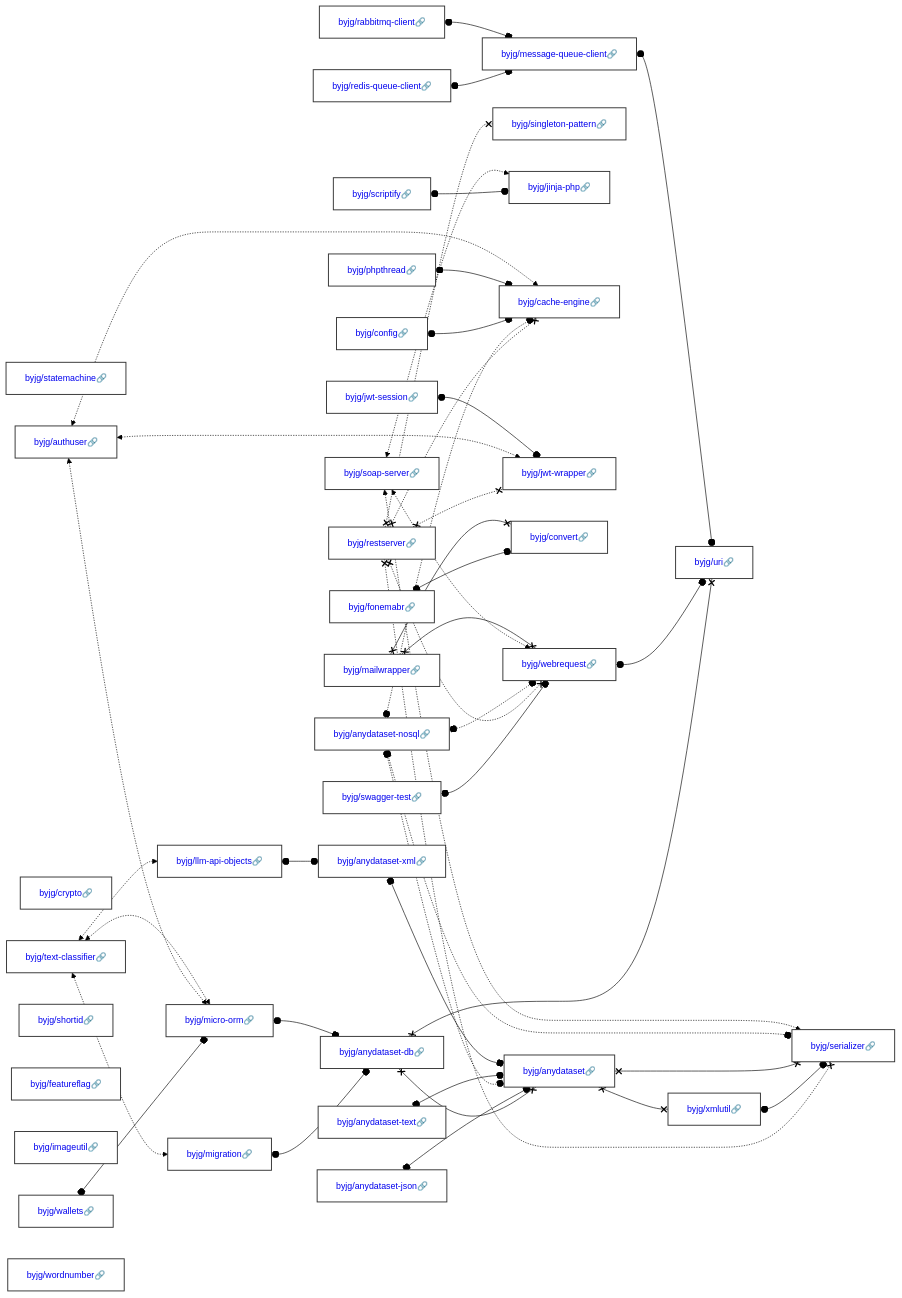
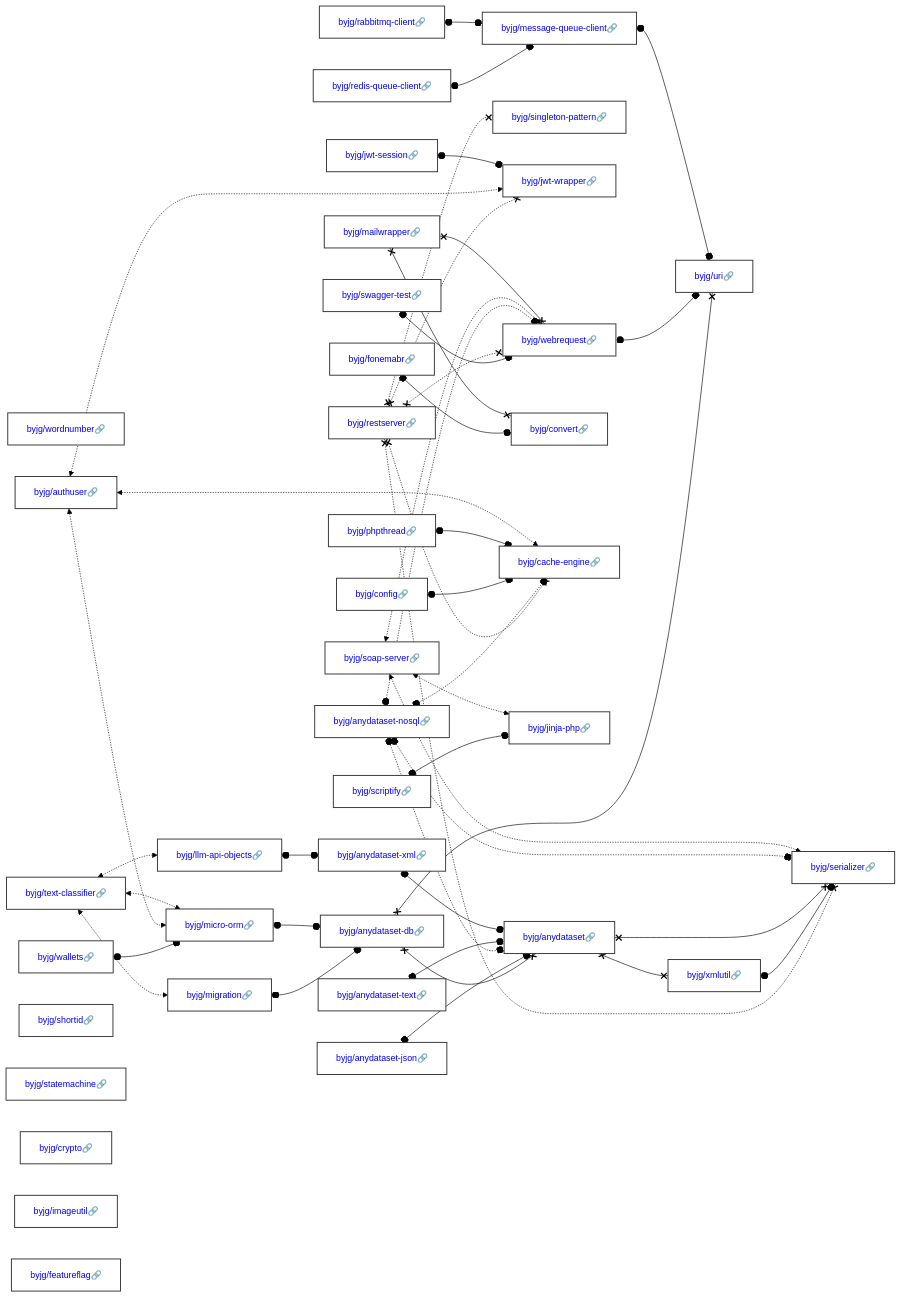
The diagram in docs/php/README.md (byjg/byjg.github.io), drawn with Mermaid (forest theme) before and after one commit. The commit also changed other lines of this file, not shown here.

Commit message:
Update documentation 'php' 'php-gluo-core'

````diff
--- a/docs/php/README.md
+++ b/docs/php/README.md
@@ -3,42 +3,42 @@
 ```mermaid
 graph LR;
+  byjg/rabbitmq-client[<a href='https://opensource.byjg.com/docs/php/rabbitmq-client' style='text-decoration:none'>byjg/rabbitmq-client🔗</a>];
+  byjg/wordnumber[<a href='https://opensource.byjg.com/docs/php/wordnumber' style='text-decoration:none'>byjg/wordnumber🔗</a>];
+  byjg/authuser[<a href='https://opensource.byjg.com/docs/php/authuser' style='text-decoration:none'>byjg/authuser🔗</a>];
+  byjg/wallets[<a href='https://opensource.byjg.com/docs/php/wallets' style='text-decoration:none'>byjg/wallets🔗</a>];
+  byjg/redis-queue-client[<a href='https://opensource.byjg.com/docs/php/redis-queue-client' style='text-decoration:none'>byjg/redis-queue-client🔗</a>];
+  byjg/soap-server[<a href='https://opensource.byjg.com/docs/php/soap-server' style='text-decoration:none'>byjg/soap-server🔗</a>];
+  byjg/anydataset-text[<a href='https://opensource.byjg.com/docs/php/anydataset-text' style='text-decoration:none'>byjg/anydataset-text🔗</a>];
+  byjg/text-classifier[<a href='https://opensource.byjg.com/docs/php/text-classifier' style='text-decoration:none'>byjg/text-classifier🔗</a>];
+  byjg/mailwrapper[<a href='https://opensource.byjg.com/docs/php/mailwrapper' style='text-decoration:none'>byjg/mailwrapper🔗</a>];
+  byjg/shortid[<a href='https://opensource.byjg.com/docs/php/shortid' style='text-decoration:none'>byjg/shortid🔗</a>];
   byjg/statemachine[<a href='https://opensource.byjg.com/docs/php/statemachine' style='text-decoration:none'>byjg/statemachine🔗</a>];
+  byjg/phpthread[<a href='https://opensource.byjg.com/docs/php/phpthread' style='text-decoration:none'>byjg/phpthread🔗</a>];
+  byjg/restserver[<a href='https://opensource.byjg.com/docs/php/restserver' style='text-decoration:none'>byjg/restserver🔗</a>];
+  byjg/jwt-session[<a href='https://opensource.byjg.com/docs/php/jwt-session' style='text-decoration:none'>byjg/jwt-session🔗</a>];
   byjg/anydataset-nosql[<a href='https://opensource.byjg.com/docs/php/anydataset-nosql' style='text-decoration:none'>byjg/anydataset-nosql🔗</a>];
-  byjg/wallets[<a href='https://opensource.byjg.com/docs/php/wallets' style='text-decoration:none'>byjg/wallets🔗</a>];
+  byjg/swagger-test[<a href='https://opensource.byjg.com/docs/php/swagger-test' style='text-decoration:none'>byjg/swagger-test🔗</a>];
+  byjg/fonemabr[<a href='https://opensource.byjg.com/docs/php/fonemabr' style='text-decoration:none'>byjg/fonemabr🔗</a>];
+  byjg/config[<a href='https://opensource.byjg.com/docs/php/config' style='text-decoration:none'>byjg/config🔗</a>];
   byjg/crypto[<a href='https://opensource.byjg.com/docs/php/crypto' style='text-decoration:none'>byjg/crypto🔗</a>];
-  byjg/mailwrapper[<a href='https://opensource.byjg.com/docs/php/mailwrapper' style='text-decoration:none'>byjg/mailwrapper🔗</a>];
-  byjg/config[<a href='https://opensource.byjg.com/docs/php/config' style='text-decoration:none'>byjg/config🔗</a>];
-  byjg/text-classifier[<a href='https://opensource.byjg.com/docs/php/text-classifier' style='text-decoration:none'>byjg/text-classifier🔗</a>];
+  byjg/imageutil[<a href='https://opensource.byjg.com/docs/php/imageutil' style='text-decoration:none'>byjg/imageutil🔗</a>];
   byjg/anydataset-json[<a href='https://opensource.byjg.com/docs/php/anydataset-json' style='text-decoration:none'>byjg/anydataset-json🔗</a>];
-  byjg/shortid[<a href='https://opensource.byjg.com/docs/php/shortid' style='text-decoration:none'>byjg/shortid🔗</a>];
-  byjg/redis-queue-client[<a href='https://opensource.byjg.com/docs/php/redis-queue-client' style='text-decoration:none'>byjg/redis-queue-client🔗</a>];
-  byjg/rabbitmq-client[<a href='https://opensource.byjg.com/docs/php/rabbitmq-client' style='text-decoration:none'>byjg/rabbitmq-client🔗</a>];
   byjg/featureflag[<a href='https://opensource.byjg.com/docs/php/featureflag' style='text-decoration:none'>byjg/featureflag🔗</a>];
-  byjg/imageutil[<a href='https://opensource.byjg.com/docs/php/imageutil' style='text-decoration:none'>byjg/imageutil🔗</a>];
-  byjg/restserver[<a href='https://opensource.byjg.com/docs/php/restserver' style='text-decoration:none'>byjg/restserver🔗</a>];
   byjg/scriptify[<a href='https://opensource.byjg.com/docs/php/scriptify' style='text-decoration:none'>byjg/scriptify🔗</a>];
-  byjg/authuser[<a href='https://opensource.byjg.com/docs/php/authuser' style='text-decoration:none'>byjg/authuser🔗</a>];
-  byjg/wordnumber[<a href='https://opensource.byjg.com/docs/php/wordnumber' style='text-decoration:none'>byjg/wordnumber🔗</a>];
-  byjg/soap-server[<a href='https://opensource.byjg.com/docs/php/soap-server' style='text-decoration:none'>byjg/soap-server🔗</a>];
-  byjg/phpthread[<a href='https://opensource.byjg.com/docs/php/phpthread' style='text-decoration:none'>byjg/phpthread🔗</a>];
-  byjg/jwt-session[<a href='https://opensource.byjg.com/docs/php/jwt-session' style='text-decoration:none'>byjg/jwt-session🔗</a>];
-  byjg/fonemabr[<a href='https://opensource.byjg.com/docs/php/fonemabr' style='text-decoration:none'>byjg/fonemabr🔗</a>];
-  byjg/anydataset-text[<a href='https://opensource.byjg.com/docs/php/anydataset-text' style='text-decoration:none'>byjg/anydataset-text🔗</a>];
-  byjg/swagger-test[<a href='https://opensource.byjg.com/docs/php/swagger-test' style='text-decoration:none'>byjg/swagger-test🔗</a>];
+  byjg/message-queue-client[<a href='https://opensource.byjg.com/docs/php/message-queue-client' style='text-decoration:none'>byjg/message-queue-client🔗</a>];
+  byjg/micro-orm[<a href='https://opensource.byjg.com/docs/php/micro-orm' style='text-decoration:none'>byjg/micro-orm🔗</a>];
   byjg/migration[<a href='https://opensource.byjg.com/docs/php/migration' style='text-decoration:none'>byjg/migration🔗</a>];
   byjg/llm-api-objects[<a href='https://opensource.byjg.com/docs/php/llm-api-objects' style='text-decoration:none'>byjg/llm-api-objects🔗</a>];
-  byjg/message-queue-client[<a href='https://opensource.byjg.com/docs/php/message-queue-client' style='text-decoration:none'>byjg/message-queue-client🔗</a>];
   byjg/singleton-pattern[<a href='https://opensource.byjg.com/docs/php/singleton-pattern' style='text-decoration:none'>byjg/singleton-pattern🔗</a>];
-  byjg/micro-orm[<a href='https://opensource.byjg.com/docs/php/micro-orm' style='text-decoration:none'>byjg/micro-orm🔗</a>];
+  byjg/jwt-wrapper[<a href='https://opensource.byjg.com/docs/php/jwt-wrapper' style='text-decoration:none'>byjg/jwt-wrapper🔗</a>];
+  byjg/webrequest[<a href='https://opensource.byjg.com/docs/php/webrequest' style='text-decoration:none'>byjg/webrequest🔗</a>];
+  byjg/convert[<a href='https://opensource.byjg.com/docs/php/convert' style='text-decoration:none'>byjg/convert🔗</a>];
+  byjg/cache-engine[<a href='https://opensource.byjg.com/docs/php/cache-engine' style='text-decoration:none'>byjg/cache-engine🔗</a>];
   byjg/jinja-php[<a href='https://opensource.byjg.com/docs/php/jinja-php' style='text-decoration:none'>byjg/jinja-php🔗</a>];
-  byjg/cache-engine[<a href='https://opensource.byjg.com/docs/php/cache-engine' style='text-decoration:none'>byjg/cache-engine🔗</a>];
-  byjg/jwt-wrapper[<a href='https://opensource.byjg.com/docs/php/jwt-wrapper' style='text-decoration:none'>byjg/jwt-wrapper🔗</a>];
-  byjg/convert[<a href='https://opensource.byjg.com/docs/php/convert' style='text-decoration:none'>byjg/convert🔗</a>];
-  byjg/webrequest[<a href='https://opensource.byjg.com/docs/php/webrequest' style='text-decoration:none'>byjg/webrequest🔗</a>];
+  byjg/anydataset-db[<a href='https://opensource.byjg.com/docs/php/anydataset-db' style='text-decoration:none'>byjg/anydataset-db🔗</a>];
   byjg/anydataset-xml[<a href='https://opensource.byjg.com/docs/php/anydataset-xml' style='text-decoration:none'>byjg/anydataset-xml🔗</a>];
-  byjg/anydataset-db[<a href='https://opensource.byjg.com/docs/php/anydataset-db' style='text-decoration:none'>byjg/anydataset-db🔗</a>];
+  byjg/uri[<a href='https://opensource.byjg.com/docs/php/uri' style='text-decoration:none'>byjg/uri🔗</a>];
   byjg/anydataset[<a href='https://opensource.byjg.com/docs/php/anydataset' style='text-decoration:none'>byjg/anydataset🔗</a>];
-  byjg/uri[<a href='https://opensource.byjg.com/docs/php/uri' style='text-decoration:none'>byjg/uri🔗</a>];
   byjg/xmlutil[<a href='https://opensource.byjg.com/docs/php/xmlutil' style='text-decoration:none'>byjg/xmlutil🔗</a>];
   byjg/serializer[<a href='https://opensource.byjg.com/docs/php/serializer' style='text-decoration:none'>byjg/serializer🔗</a>];
   byjg/anydataset-db x--x byjg/anydataset;
````
